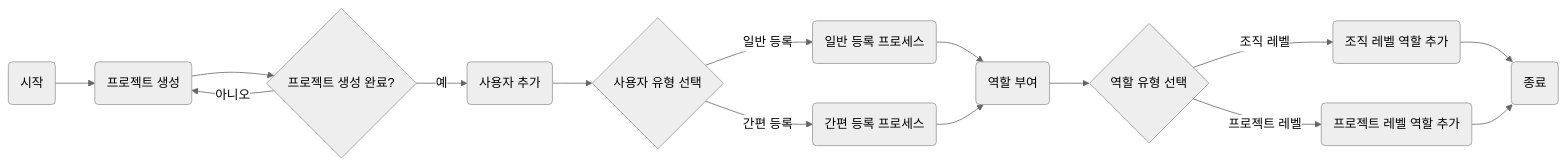
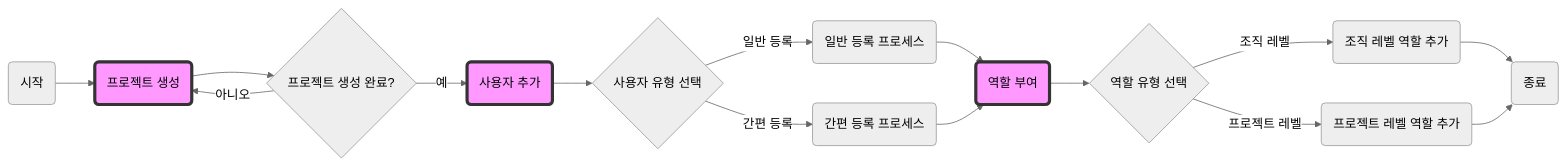
Before and after one commit to kakaocloud-edu/tutorial: the diagram in EssentialBasicCourse/PracticalTextbook/Lab01.md, drawn with Mermaid (neutral theme).

````diff
--- a/EssentialBasicCourse/PracticalTextbook/Lab01.md
+++ b/EssentialBasicCourse/PracticalTextbook/Lab01.md
@@ -4,18 +4,23 @@
 ```mermaid
 graph LR
     시작(시작) --> 프로젝트생성(프로젝트 생성)
     프로젝트생성 --> 프로젝트생성확인{프로젝트 생성 완료?}
     프로젝트생성확인 -->|예| 사용자추가(사용자 추가)
     프로젝트생성확인 -->|아니오| 프로젝트생성
     사용자추가 --> 사용자유형선택{사용자 유형 선택}
     사용자유형선택 -->|일반 등록| 일반등록(일반 등록 프로세스)
     사용자유형선택 -->|간편 등록| 간편등록(간편 등록 프로세스)
     일반등록 --> 역할부여(역할 부여)
     간편등록 --> 역할부여
     역할부여 --> 역할유형선택{역할 유형 선택}
     역할유형선택 -->|조직 레벨| 조직레벨역할추가(조직 레벨 역할 추가)
     역할유형선택 -->|프로젝트 레벨| 프로젝트레벨역할추가(프로젝트 레벨 역할 추가)
     조직레벨역할추가 --> 종료(종료)
     프로젝트레벨역할추가 --> 종료
 
+    %% 강조
+    class 프로젝트생성,사용자추가,역할부여 emphasized;
+    
+    %% 클래스 스타일
+    classDef emphasized fill:#f9f,stroke:#333,stroke-width:4px;
 ```
````
